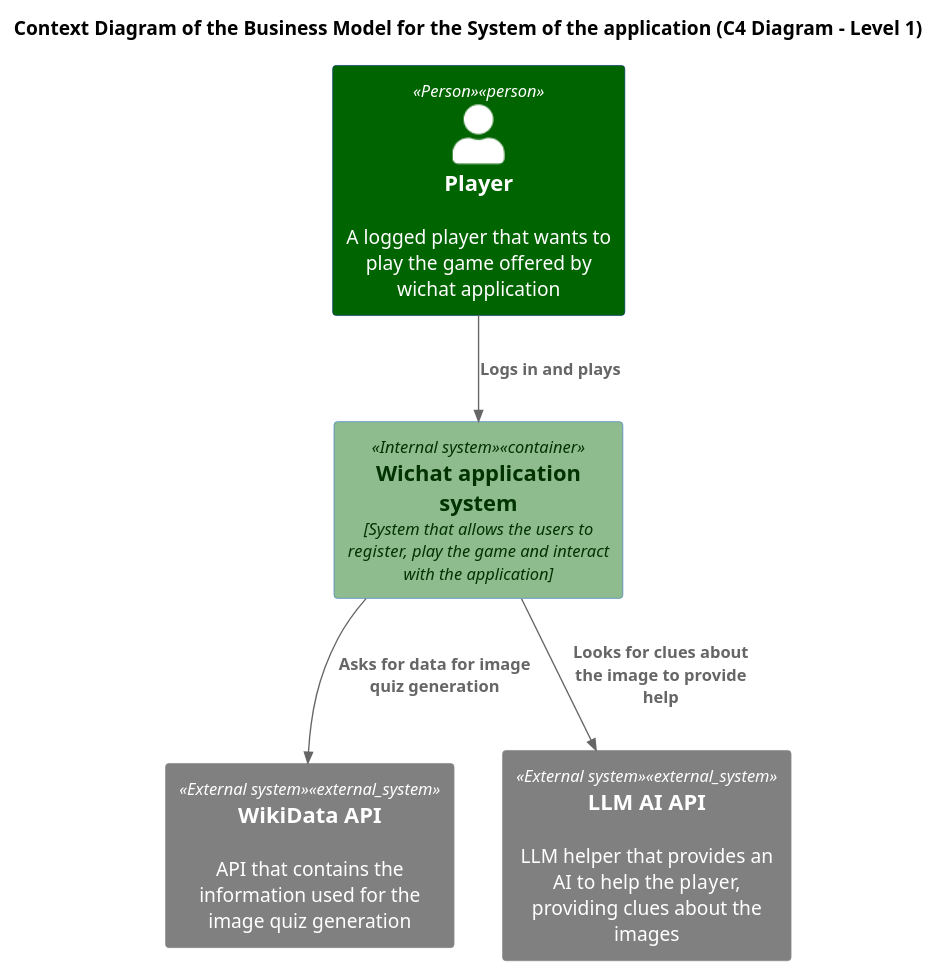
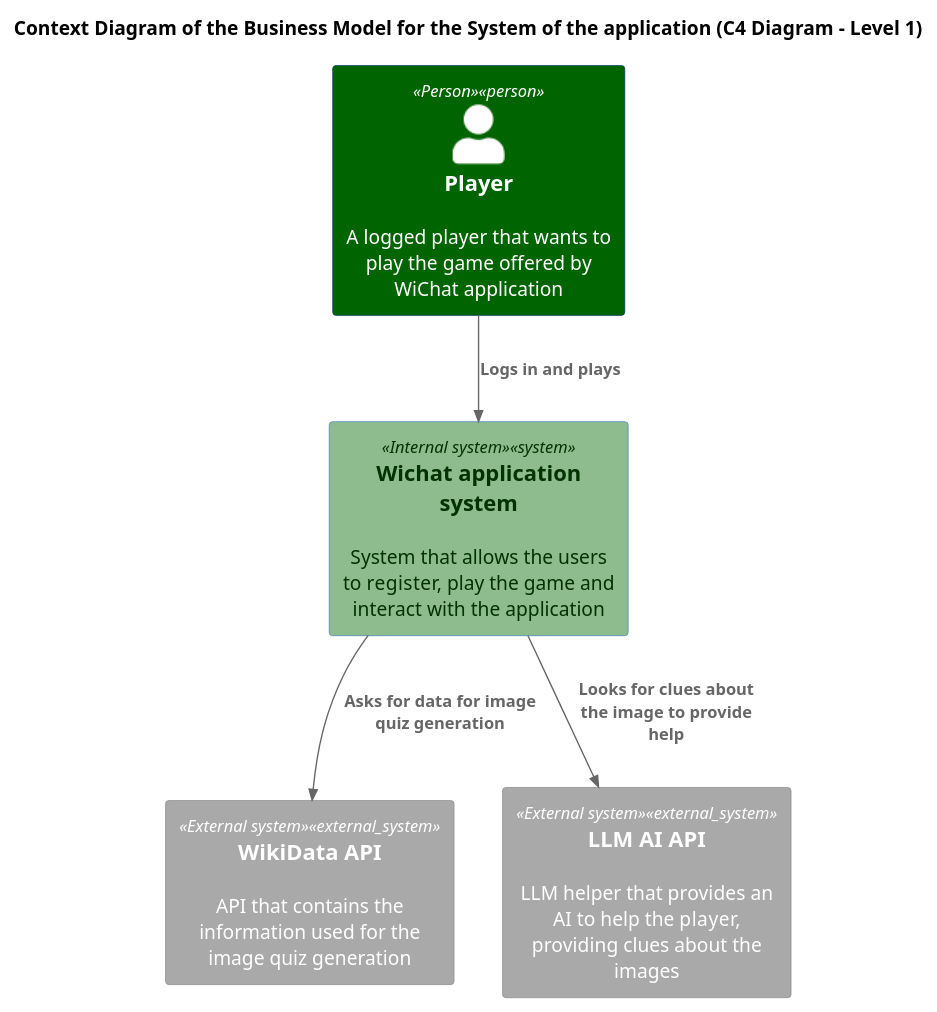
Before and after one commit to Arquisoft/wichat_en1a: the diagram in docs/src/diagrams/C4_business_model_diagram.puml, drawn with PlantUML. The commit also changed 1 other file, not shown here.

Commit message:
Little diagram modifications

```diff
--- a/docs/src/diagrams/C4_business_model_diagram.puml
+++ b/docs/src/diagrams/C4_business_model_diagram.puml
@@ -1,20 +1,20 @@
 @startuml C4_Business_Model_Diagram
 !includeurl https://raw.githubusercontent.com/RicardoNiepel/C4-PlantUML/master/C4_Container.puml
 !include <c4/C4_Context.puml>
 
 title Context Diagram of the Business Model for the System of the application (C4 Diagram - Level 1)
 AddElementTag("Person", $bgColor="#darkgreen", $fontColor="#white")
-AddElementTag("Internal system", $bgColor="#darkseagreen", $fontColor="#003300")
-AddElementTag("External system", $bgColor="#gray", $fontColor="#white")
+AddElementTag("Internal system", $bgColor="#DarkSeaGreen", $fontColor="#003300")
+AddElementTag("External system", $bgColor="#DarkGray", $fontColor="#white")
 
 'Containers
-Person(player, Player,"A logged player that wants to play the game offered by wichat application", $tags="Person")
-Container(wichat, "Wichat application system", "System that allows the users to register, play the game and interact with the application", $tags="Internal system")
+Person(player, Player,"A logged player that wants to play the game offered by WiChat application", $tags="Person")
+System(wichat, "Wichat application system", "System that allows the users to register, play the game and interact with the application", $tags="Internal system")
 System_Ext(wikidata, "WikiData API", "API that contains the information used for the image quiz generation", $tags="External system")
 System_Ext(llm_chat, "LLM AI API", "LLM helper that provides an AI to help the player, providing clues about the images", $tags="External system")
 
 'RELATIONS
 Rel(player, wichat, "Logs in and plays")
 Rel(wichat, llm_chat, "Looks for clues about the image to provide help")
 Rel(wichat, wikidata, "Asks for data for image quiz generation")
 @enduml
```
